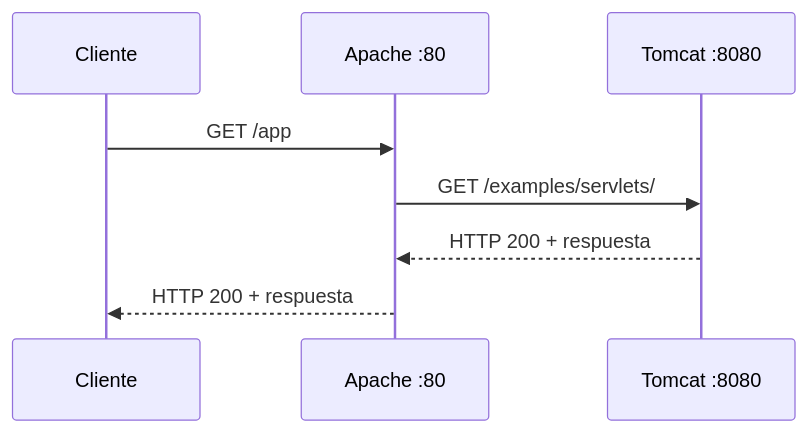
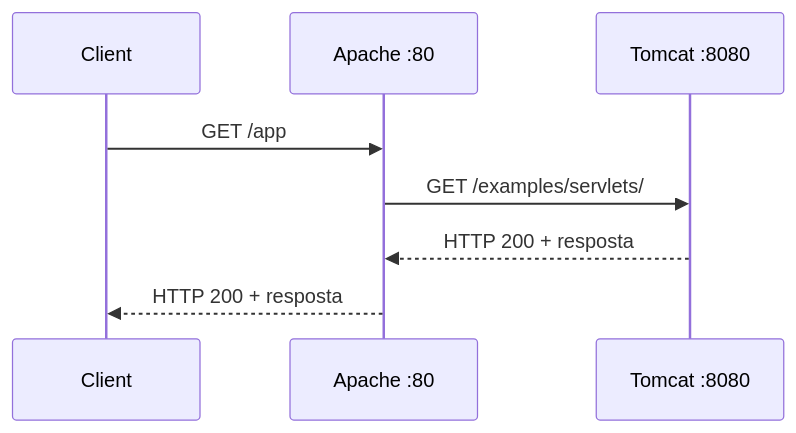
One commit to jordicido/jordicina changed the second of 8 diagrams in docs/daw-daw/up3/03-cooperacion-apache-tomcat.md. Above: the diagram before and after it, drawn with Mermaid. The commit also changed other lines of this file and 10 other files, not shown here.

````diff
--- a/docs/daw-daw/up3/03-cooperacion-apache-tomcat.md
+++ b/docs/daw-daw/up3/03-cooperacion-apache-tomcat.md
@@ -124,11 +124,11 @@
 ```mermaid
 sequenceDiagram
-    participant C as Cliente
+    participant C as Client
     participant A as Apache :80
     participant T as Tomcat :8080
 
     C->>A: GET /app
     A->>T: GET /examples/servlets/
-    T-->>A: HTTP 200 + respuesta
-    A-->>C: HTTP 200 + respuesta
+    T-->>A: HTTP 200 + resposta
+    A-->>C: HTTP 200 + resposta
 ```
````
